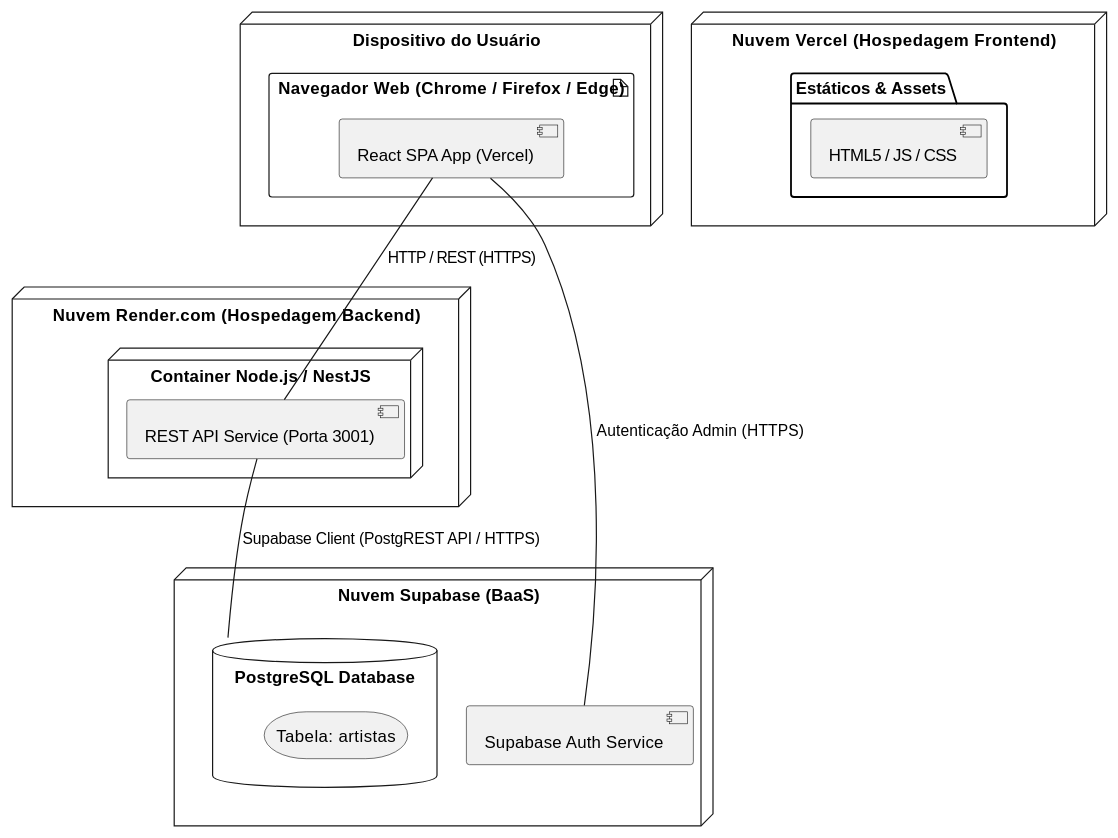
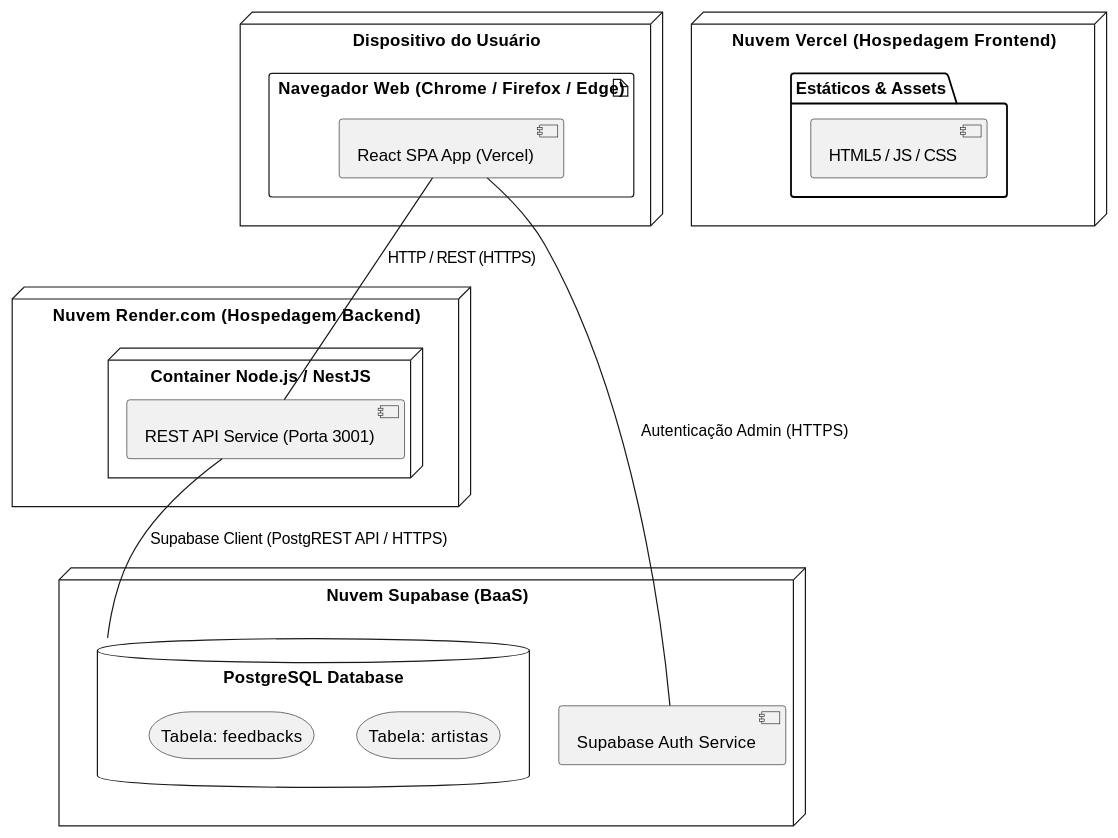
One commit to heduardowitkoski/cadastroDeArtistas changed the fourth of 4 diagrams in DIAGRAMAS_UML.md. Above: the diagram before and after it, drawn with PlantUML. The commit also changed other lines of this file and 1 other file, not shown here.

Commit message:
docs: adicionar diagramas Mermaid e atualizar UML com modulo de feedback

````diff
--- a/DIAGRAMAS_UML.md
+++ b/DIAGRAMAS_UML.md
@@ -159,35 +215,36 @@
 ```plantuml
 @startuml Diagrama_de_Implantacao
 skinparam nodeAttributeIconSize 0
 skinparam shadowing false
 
 node "Dispositivo do Usuário" {
   artifact "Navegador Web (Chrome / Firefox / Edge)" {
     component "React SPA App (Vercel)" as SPA
   }
 }
 
 node "Nuvem Vercel (Hospedagem Frontend)" {
   folder "Estáticos & Assets" {
     [HTML5 / JS / CSS]
   }
 }
 
 node "Nuvem Render.com (Hospedagem Backend)" {
   node "Container Node.js / NestJS" {
     component "REST API Service (Porta 3001)" as API
   }
 }
 
 node "Nuvem Supabase (BaaS)" {
   database "PostgreSQL Database" as DB_Postgres {
     storage "Tabela: artistas" as TabArtistas
+    storage "Tabela: feedbacks" as TabFeedbacks
   }
   component "Supabase Auth Service" as Auth
 }
 
 SPA -- API : HTTP / REST (HTTPS)
 SPA -- Auth : Autenticação Admin (HTTPS)
 API -- DB_Postgres : Supabase Client (PostgREST API / HTTPS)
 @enduml
 ```
````
